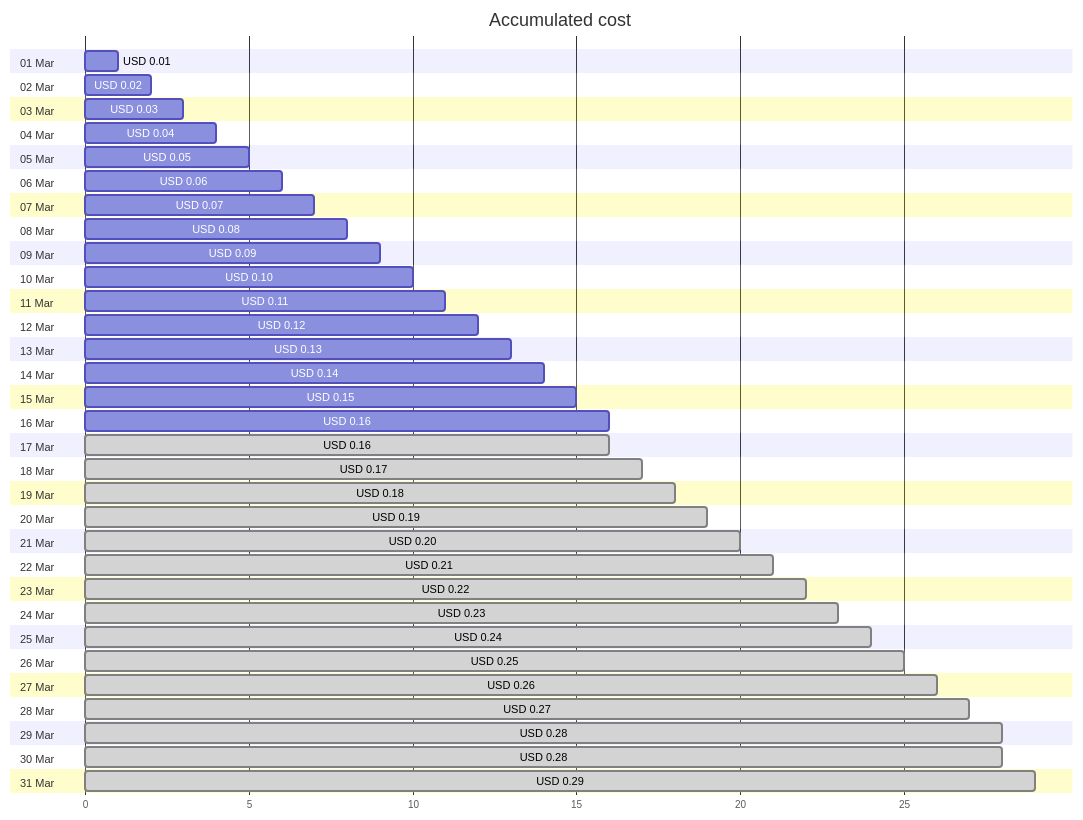
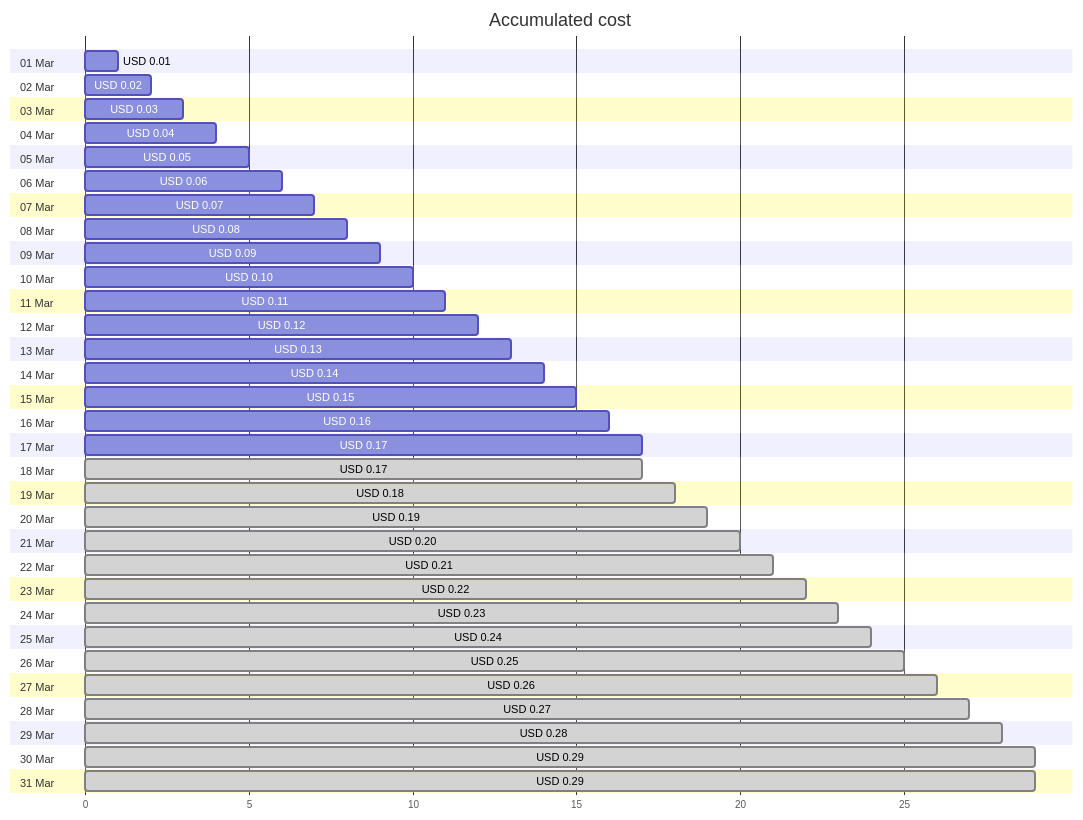
Before and after one commit to jpfulton/azure-personal-reports: the first of 4 diagrams in cost-reports/cloud-shell-storage-eastus/README.md, drawn with Mermaid. The commit also changed other lines of this file and 1 other file, not shown here.

````diff
--- a/cost-reports/cloud-shell-storage-eastus/README.md
+++ b/cost-reports/cloud-shell-storage-eastus/README.md
@@ -20,68 +20,68 @@
 ```mermaid
 gantt
    title Accumulated cost
    dateFormat  X
    axisFormat %s
    section 01 Mar
    USD 0.01 :0, 1
    section 02 Mar
    USD 0.02 :0, 2
    section 03 Mar
    USD 0.03 :0, 3
    section 04 Mar
    USD 0.04 :0, 4
    section 05 Mar
    USD 0.05 :0, 5
    section 06 Mar
    USD 0.06 :0, 6
    section 07 Mar
    USD 0.07 :0, 7
    section 08 Mar
    USD 0.08 :0, 8
    section 09 Mar
    USD 0.09 :0, 9
    section 10 Mar
    USD 0.10 :0, 10
    section 11 Mar
    USD 0.11 :0, 11
    section 12 Mar
    USD 0.12 :0, 12
    section 13 Mar
    USD 0.13 :0, 13
    section 14 Mar
    USD 0.14 :0, 14
    section 15 Mar
    USD 0.15 :0, 15
    section 16 Mar
    USD 0.16 :0, 16
    section 17 Mar
-   USD 0.16 : done, 0, 16
+   USD 0.17 :0, 17
    section 18 Mar
    USD 0.17 : done, 0, 17
    section 19 Mar
    USD 0.18 : done, 0, 18
    section 20 Mar
    USD 0.19 : done, 0, 19
    section 21 Mar
    USD 0.20 : done, 0, 20
    section 22 Mar
    USD 0.21 : done, 0, 21
    section 23 Mar
    USD 0.22 : done, 0, 22
    section 24 Mar
    USD 0.23 : done, 0, 23
    section 25 Mar
    USD 0.24 : done, 0, 24
    section 26 Mar
    USD 0.25 : done, 0, 25
    section 27 Mar
    USD 0.26 : done, 0, 26
    section 28 Mar
    USD 0.27 : done, 0, 27
    section 29 Mar
    USD 0.28 : done, 0, 28
    section 30 Mar
-   USD 0.28 : done, 0, 28
+   USD 0.29 : done, 0, 29
    section 31 Mar
    USD 0.29 : done, 0, 29
 ```
````
